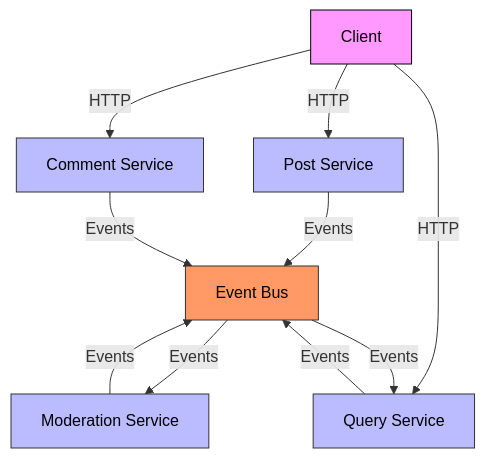
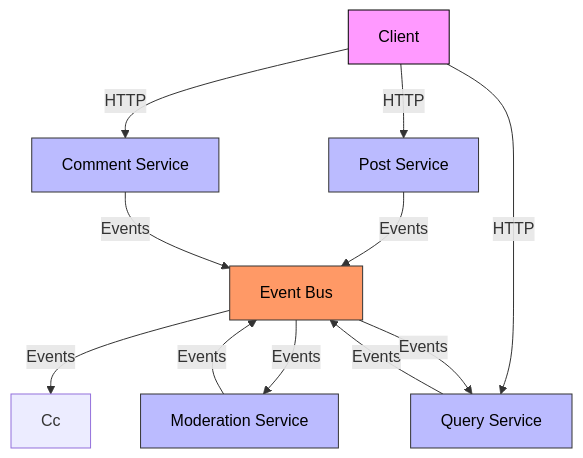
One commit to Gauravkarki490/Microservices-Event-Bus-Demo-Project changed the first of 6 diagrams in README.md. Above: the diagram before and after it, drawn with Mermaid. The commit also changed 15 other files, not shown here.

````diff
--- a/README.md
+++ b/README.md
@@ -53,21 +53,23 @@
 ```mermaid
 flowchart TD
     A[Client] -->|HTTP| B[Post Service]
     A -->|HTTP| C[Comment Service]
     A -->|HTTP| D[Query Service]
     
     B -->|Events| E[Event Bus]
     C -->|Events| E
     D -->|Events| E
+    E -->|Events| Cc
+    
     
     E -->|Events| F[Moderation Service]
     E -->|Events| D
     F -->|Events| E
     
     style A fill:#f9f,stroke:#000, color:#000
     style B fill:#bbf,stroke:#333, color:#000
     style C fill:#bbf,stroke:#333, color:#000
     style D fill:#bbf,stroke:#333, color:#000
     style E fill:#f96,stroke:#333, color:#000
     style F fill:#bbf,stroke:#333, color:#000
 ```
````
